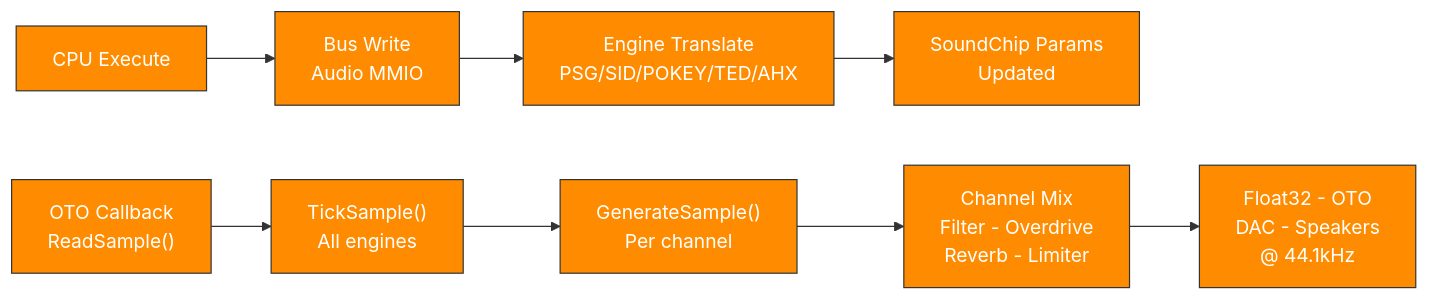
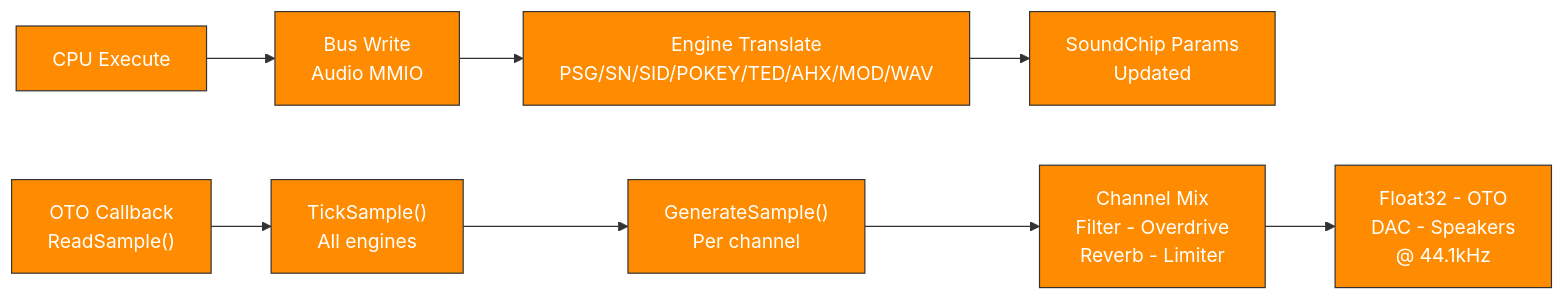
One commit to IntuitionAmiga/IntuitionEngine changed the tenth of 11 diagrams in sdk/docs/architecture.md. Above: the diagram before and after it, drawn with Mermaid. The commit also changed other lines of this file, not shown here.

Commit message:
Architecture docs refresh with mermaid diagrams

````diff
--- a/sdk/docs/architecture.md
+++ b/sdk/docs/architecture.md
@@ -792,18 +827,18 @@
 ```mermaid
 graph LR
     EX["CPU Execute"]
     BW["Bus Write<br/>Audio MMIO"]
-    ET["Engine Translate<br/>PSG/SID/POKEY/TED/AHX"]
+    ET["Engine Translate<br/>PSG/SN/SID/POKEY/TED/AHX/MOD/WAV"]
     SC["SoundChip Params<br/>Updated"]
     OTO["OTO Callback<br/>ReadSample()"]
     TS["TickSample()<br/>All engines"]
     GS["GenerateSample()<br/>Per channel"]
     MIX["Channel Mix<br/>Filter - Overdrive<br/>Reverb - Limiter"]
     DAC["Float32 - OTO<br/>DAC - Speakers<br/>@ 44.1kHz"]
 
     EX --> BW --> ET --> SC
     OTO --> TS --> GS --> MIX --> DAC
 
     classDef flow fill:#FF8C00,stroke:#333,color:#fff
     class EX,BW,ET,SC,OTO,TS,GS,MIX,DAC flow
 ```
````
